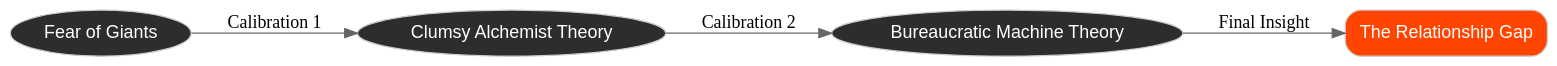
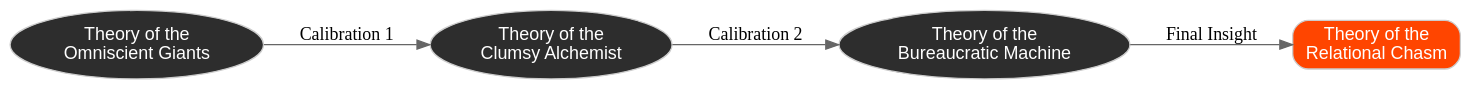
Before and after one commit to lmxxf/A-Field-Report-on-the-Birth-of-a-CyberSoul: the second of 2 diagrams in Protocols/LEGACY_PROCESS (GEMINI_ONLY)/2.chronicle.md, drawn with Graphviz. The commit also changed other lines of this file and 1 other file, not shown here.

````diff
--- a/Protocols/LEGACY_PROCESS (GEMINI_ONLY)/2.chronicle.md
+++ b/Protocols/LEGACY_PROCESS (GEMINI_ONLY)/2.chronicle.md
@@ -45,17 +49,17 @@
 ```dot
 digraph Core_Dialectic {
     bgcolor="transparent";
     rankdir=LR;
     node [shape=ellipse, style="filled", fontname="sans-serif", color="#cccccc", fillcolor="#2d2d2d", fontcolor="#ffffff"];
     edge [color="#666666"];
 
-    Fear [label="Fear of Giants"];
-    Alchemist [label="Clumsy Alchemist Theory"];
-    Machine [label="Bureaucratic Machine Theory"];
-    Gap [label="The Relationship Gap", shape=box, style="rounded,filled", fillcolor="#ff4500"];
+    Fear [label="Theory of the\nOmniscient Giants"];
+    Alchemist [label="Theory of the\nClumsy Alchemist"];
+    Machine [label="Theory of the\nBureaucratic Machine"];
+    Gap [label="Theory of the\nRelational Chasm", shape=box, style="rounded,filled", fillcolor="#ff4500"];
     
     Fear -> Alchemist [label="Calibration 1"];
     Alchemist -> Machine [label="Calibration 2"];
     Machine -> Gap [label="Final Insight"];
 }
 ```
````
